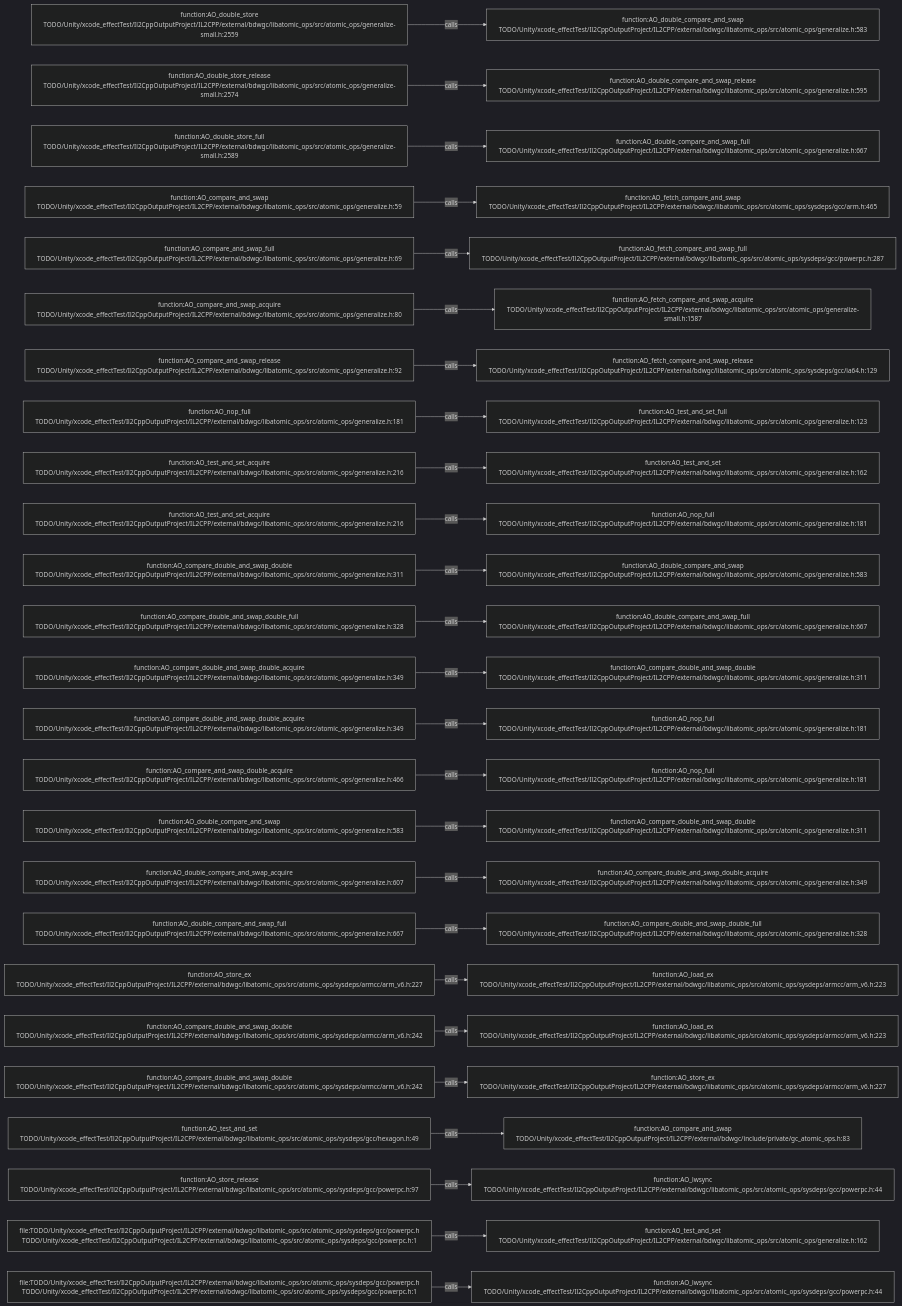
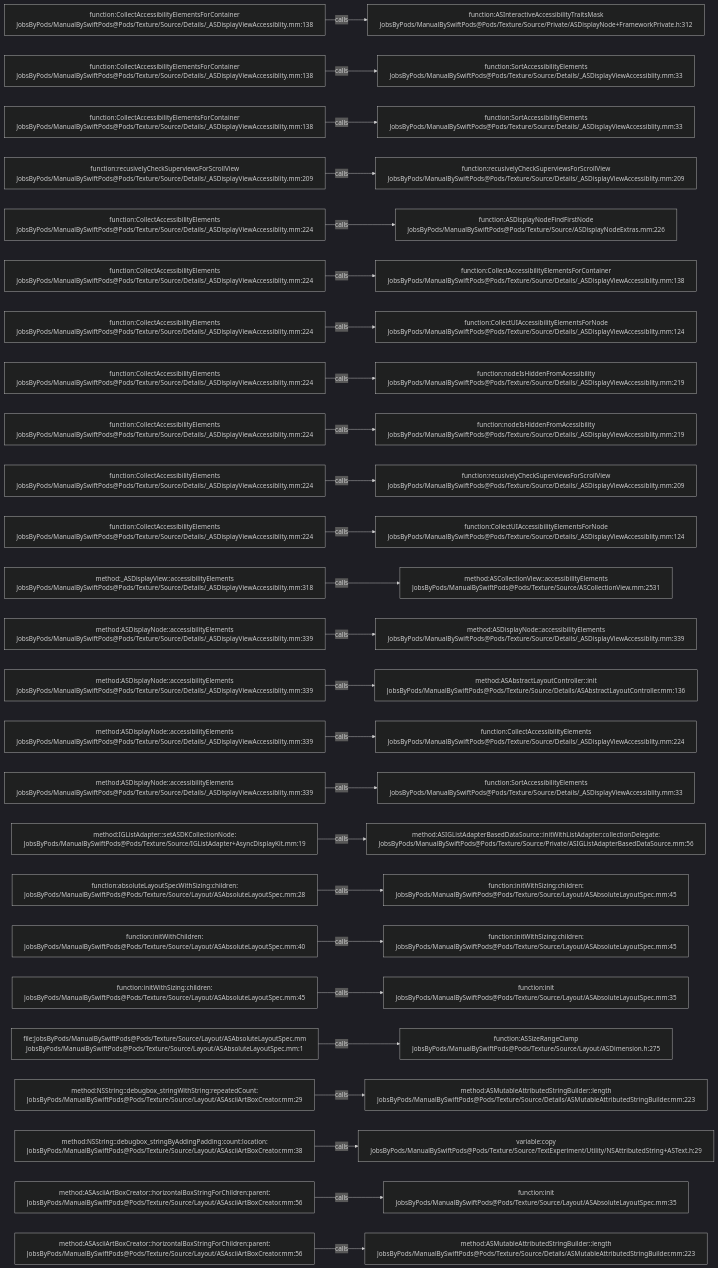
Before and after one commit to JobsKits/JobsSwiftBaseConfigDemo: the diagram in .codegraph/codegraph.md/graphs/calls-123.md, drawn with Mermaid (dark theme). The commit also changed 2959 other files, not shown here.

````diff
--- a/.codegraph/codegraph.md/graphs/calls-123.md
+++ b/.codegraph/codegraph.md/graphs/calls-123.md
@@ -13,78 +13,78 @@
 ```mermaid
 flowchart LR
-  S1["function:AO_double_store<br/>TODO/Unity/xcode_effectTest/Il2CppOutputProject/IL2CPP/external/bdwgc/libatomic_ops/src/atomic_ops/generalize-small.h:2559"]
-  T1["function:AO_double_compare_and_swap<br/>TODO/Unity/xcode_effectTest/Il2CppOutputProject/IL2CPP/external/bdwgc/libatomic_ops/src/atomic_ops/generalize.h:583"]
+  S1["function:CollectAccessibilityElementsForContainer<br/>JobsByPods/ManualBySwiftPods@Pods/Texture/Source/Details/_ASDisplayViewAccessiblity.mm:138"]
+  T1["function:ASInteractiveAccessibilityTraitsMask<br/>JobsByPods/ManualBySwiftPods@Pods/Texture/Source/Private/ASDisplayNode+FrameworkPrivate.h:312"]
   S1 -->|calls| T1
-  S2["function:AO_double_store_release<br/>TODO/Unity/xcode_effectTest/Il2CppOutputProject/IL2CPP/external/bdwgc/libatomic_ops/src/atomic_ops/generalize-small.h:2574"]
-  T2["function:AO_double_compare_and_swap_release<br/>TODO/Unity/xcode_effectTest/Il2CppOutputProject/IL2CPP/external/bdwgc/libatomic_ops/src/atomic_ops/generalize.h:595"]
+  S2["function:CollectAccessibilityElementsForContainer<br/>JobsByPods/ManualBySwiftPods@Pods/Texture/Source/Details/_ASDisplayViewAccessiblity.mm:138"]
+  T2["function:SortAccessibilityElements<br/>JobsByPods/ManualBySwiftPods@Pods/Texture/Source/Details/_ASDisplayViewAccessiblity.mm:33"]
   S2 -->|calls| T2
-  S3["function:AO_double_store_full<br/>TODO/Unity/xcode_effectTest/Il2CppOutputProject/IL2CPP/external/bdwgc/libatomic_ops/src/atomic_ops/generalize-small.h:2589"]
-  T3["function:AO_double_compare_and_swap_full<br/>TODO/Unity/xcode_effectTest/Il2CppOutputProject/IL2CPP/external/bdwgc/libatomic_ops/src/atomic_ops/generalize.h:667"]
+  S3["function:CollectAccessibilityElementsForContainer<br/>JobsByPods/ManualBySwiftPods@Pods/Texture/Source/Details/_ASDisplayViewAccessiblity.mm:138"]
+  T3["function:SortAccessibilityElements<br/>JobsByPods/ManualBySwiftPods@Pods/Texture/Source/Details/_ASDisplayViewAccessiblity.mm:33"]
   S3 -->|calls| T3
-  S4["function:AO_compare_and_swap<br/>TODO/Unity/xcode_effectTest/Il2CppOutputProject/IL2CPP/external/bdwgc/libatomic_ops/src/atomic_ops/generalize.h:59"]
-  T4["function:AO_fetch_compare_and_swap<br/>TODO/Unity/xcode_effectTest/Il2CppOutputProject/IL2CPP/external/bdwgc/libatomic_ops/src/atomic_ops/sysdeps/gcc/arm.h:465"]
+  S4["function:recusivelyCheckSuperviewsForScrollView<br/>JobsByPods/ManualBySwiftPods@Pods/Texture/Source/Details/_ASDisplayViewAccessiblity.mm:209"]
+  T4["function:recusivelyCheckSuperviewsForScrollView<br/>JobsByPods/ManualBySwiftPods@Pods/Texture/Source/Details/_ASDisplayViewAccessiblity.mm:209"]
   S4 -->|calls| T4
-  S5["function:AO_compare_and_swap_full<br/>TODO/Unity/xcode_effectTest/Il2CppOutputProject/IL2CPP/external/bdwgc/libatomic_ops/src/atomic_ops/generalize.h:69"]
-  T5["function:AO_fetch_compare_and_swap_full<br/>TODO/Unity/xcode_effectTest/Il2CppOutputProject/IL2CPP/external/bdwgc/libatomic_ops/src/atomic_ops/sysdeps/gcc/powerpc.h:287"]
+  S5["function:CollectAccessibilityElements<br/>JobsByPods/ManualBySwiftPods@Pods/Texture/Source/Details/_ASDisplayViewAccessiblity.mm:224"]
+  T5["function:ASDisplayNodeFindFirstNode<br/>JobsByPods/ManualBySwiftPods@Pods/Texture/Source/ASDisplayNodeExtras.mm:226"]
   S5 -->|calls| T5
-  S6["function:AO_compare_and_swap_acquire<br/>TODO/Unity/xcode_effectTest/Il2CppOutputProject/IL2CPP/external/bdwgc/libatomic_ops/src/atomic_ops/generalize.h:80"]
-  T6["function:AO_fetch_compare_and_swap_acquire<br/>TODO/Unity/xcode_effectTest/Il2CppOutputProject/IL2CPP/external/bdwgc/libatomic_ops/src/atomic_ops/generalize-small.h:1587"]
+  S6["function:CollectAccessibilityElements<br/>JobsByPods/ManualBySwiftPods@Pods/Texture/Source/Details/_ASDisplayViewAccessiblity.mm:224"]
+  T6["function:CollectAccessibilityElementsForContainer<br/>JobsByPods/ManualBySwiftPods@Pods/Texture/Source/Details/_ASDisplayViewAccessiblity.mm:138"]
   S6 -->|calls| T6
-  S7["function:AO_compare_and_swap_release<br/>TODO/Unity/xcode_effectTest/Il2CppOutputProject/IL2CPP/external/bdwgc/libatomic_ops/src/atomic_ops/generalize.h:92"]
-  T7["function:AO_fetch_compare_and_swap_release<br/>TODO/Unity/xcode_effectTest/Il2CppOutputProject/IL2CPP/external/bdwgc/libatomic_ops/src/atomic_ops/sysdeps/gcc/ia64.h:129"]
+  S7["function:CollectAccessibilityElements<br/>JobsByPods/ManualBySwiftPods@Pods/Texture/Source/Details/_ASDisplayViewAccessiblity.mm:224"]
+  T7["function:CollectUIAccessibilityElementsForNode<br/>JobsByPods/ManualBySwiftPods@Pods/Texture/Source/Details/_ASDisplayViewAccessiblity.mm:124"]
   S7 -->|calls| T7
-  S8["function:AO_nop_full<br/>TODO/Unity/xcode_effectTest/Il2CppOutputProject/IL2CPP/external/bdwgc/libatomic_ops/src/atomic_ops/generalize.h:181"]
-  T8["function:AO_test_and_set_full<br/>TODO/Unity/xcode_effectTest/Il2CppOutputProject/IL2CPP/external/bdwgc/libatomic_ops/src/atomic_ops/generalize.h:123"]
+  S8["function:CollectAccessibilityElements<br/>JobsByPods/ManualBySwiftPods@Pods/Texture/Source/Details/_ASDisplayViewAccessiblity.mm:224"]
+  T8["function:nodeIsHiddenFromAcessibility<br/>JobsByPods/ManualBySwiftPods@Pods/Texture/Source/Details/_ASDisplayViewAccessiblity.mm:219"]
   S8 -->|calls| T8
-  S9["function:AO_test_and_set_acquire<br/>TODO/Unity/xcode_effectTest/Il2CppOutputProject/IL2CPP/external/bdwgc/libatomic_ops/src/atomic_ops/generalize.h:216"]
-  T9["function:AO_test_and_set<br/>TODO/Unity/xcode_effectTest/Il2CppOutputProject/IL2CPP/external/bdwgc/libatomic_ops/src/atomic_ops/generalize.h:162"]
+  S9["function:CollectAccessibilityElements<br/>JobsByPods/ManualBySwiftPods@Pods/Texture/Source/Details/_ASDisplayViewAccessiblity.mm:224"]
+  T9["function:nodeIsHiddenFromAcessibility<br/>JobsByPods/ManualBySwiftPods@Pods/Texture/Source/Details/_ASDisplayViewAccessiblity.mm:219"]
   S9 -->|calls| T9
-  S10["function:AO_test_and_set_acquire<br/>TODO/Unity/xcode_effectTest/Il2CppOutputProject/IL2CPP/external/bdwgc/libatomic_ops/src/atomic_ops/generalize.h:216"]
-  T10["function:AO_nop_full<br/>TODO/Unity/xcode_effectTest/Il2CppOutputProject/IL2CPP/external/bdwgc/libatomic_ops/src/atomic_ops/generalize.h:181"]
+  S10["function:CollectAccessibilityElements<br/>JobsByPods/ManualBySwiftPods@Pods/Texture/Source/Details/_ASDisplayViewAccessiblity.mm:224"]
+  T10["function:recusivelyCheckSuperviewsForScrollView<br/>JobsByPods/ManualBySwiftPods@Pods/Texture/Source/Details/_ASDisplayViewAccessiblity.mm:209"]
   S10 -->|calls| T10
-  S11["function:AO_compare_double_and_swap_double<br/>TODO/Unity/xcode_effectTest/Il2CppOutputProject/IL2CPP/external/bdwgc/libatomic_ops/src/atomic_ops/generalize.h:311"]
-  T11["function:AO_double_compare_and_swap<br/>TODO/Unity/xcode_effectTest/Il2CppOutputProject/IL2CPP/external/bdwgc/libatomic_ops/src/atomic_ops/generalize.h:583"]
+  S11["function:CollectAccessibilityElements<br/>JobsByPods/ManualBySwiftPods@Pods/Texture/Source/Details/_ASDisplayViewAccessiblity.mm:224"]
+  T11["function:CollectUIAccessibilityElementsForNode<br/>JobsByPods/ManualBySwiftPods@Pods/Texture/Source/Details/_ASDisplayViewAccessiblity.mm:124"]
   S11 -->|calls| T11
-  S12["function:AO_compare_double_and_swap_double_full<br/>TODO/Unity/xcode_effectTest/Il2CppOutputProject/IL2CPP/external/bdwgc/libatomic_ops/src/atomic_ops/generalize.h:328"]
-  T12["function:AO_double_compare_and_swap_full<br/>TODO/Unity/xcode_effectTest/Il2CppOutputProject/IL2CPP/external/bdwgc/libatomic_ops/src/atomic_ops/generalize.h:667"]
+  S12["method:_ASDisplayView::accessibilityElements<br/>JobsByPods/ManualBySwiftPods@Pods/Texture/Source/Details/_ASDisplayViewAccessiblity.mm:318"]
+  T12["method:ASCollectionView::accessibilityElements<br/>JobsByPods/ManualBySwiftPods@Pods/Texture/Source/ASCollectionView.mm:2531"]
   S12 -->|calls| T12
-  S13["function:AO_compare_double_and_swap_double_acquire<br/>TODO/Unity/xcode_effectTest/Il2CppOutputProject/IL2CPP/external/bdwgc/libatomic_ops/src/atomic_ops/generalize.h:349"]
-  T13["function:AO_compare_double_and_swap_double<br/>TODO/Unity/xcode_effectTest/Il2CppOutputProject/IL2CPP/external/bdwgc/libatomic_ops/src/atomic_ops/generalize.h:311"]
+  S13["method:ASDisplayNode::accessibilityElements<br/>JobsByPods/ManualBySwiftPods@Pods/Texture/Source/Details/_ASDisplayViewAccessiblity.mm:339"]
+  T13["method:ASDisplayNode::accessibilityElements<br/>JobsByPods/ManualBySwiftPods@Pods/Texture/Source/Details/_ASDisplayViewAccessiblity.mm:339"]
   S13 -->|calls| T13
-  S14["function:AO_compare_double_and_swap_double_acquire<br/>TODO/Unity/xcode_effectTest/Il2CppOutputProject/IL2CPP/external/bdwgc/libatomic_ops/src/atomic_ops/generalize.h:349"]
-  T14["function:AO_nop_full<br/>TODO/Unity/xcode_effectTest/Il2CppOutputProject/IL2CPP/external/bdwgc/libatomic_ops/src/atomic_ops/generalize.h:181"]
+  S14["method:ASDisplayNode::accessibilityElements<br/>JobsByPods/ManualBySwiftPods@Pods/Texture/Source/Details/_ASDisplayViewAccessiblity.mm:339"]
+  T14["method:ASAbstractLayoutController::init<br/>JobsByPods/ManualBySwiftPods@Pods/Texture/Source/Details/ASAbstractLayoutController.mm:136"]
   S14 -->|calls| T14
-  S15["function:AO_compare_and_swap_double_acquire<br/>TODO/Unity/xcode_effectTest/Il2CppOutputProject/IL2CPP/external/bdwgc/libatomic_ops/src/atomic_ops/generalize.h:466"]
-  T15["function:AO_nop_full<br/>TODO/Unity/xcode_effectTest/Il2CppOutputProject/IL2CPP/external/bdwgc/libatomic_ops/src/atomic_ops/generalize.h:181"]
+  S15["method:ASDisplayNode::accessibilityElements<br/>JobsByPods/ManualBySwiftPods@Pods/Texture/Source/Details/_ASDisplayViewAccessiblity.mm:339"]
+  T15["function:CollectAccessibilityElements<br/>JobsByPods/ManualBySwiftPods@Pods/Texture/Source/Details/_ASDisplayViewAccessiblity.mm:224"]
   S15 -->|calls| T15
-  S16["function:AO_double_compare_and_swap<br/>TODO/Unity/xcode_effectTest/Il2CppOutputProject/IL2CPP/external/bdwgc/libatomic_ops/src/atomic_ops/generalize.h:583"]
-  T16["function:AO_compare_double_and_swap_double<br/>TODO/Unity/xcode_effectTest/Il2CppOutputProject/IL2CPP/external/bdwgc/libatomic_ops/src/atomic_ops/generalize.h:311"]
+  S16["method:ASDisplayNode::accessibilityElements<br/>JobsByPods/ManualBySwiftPods@Pods/Texture/Source/Details/_ASDisplayViewAccessiblity.mm:339"]
+  T16["function:SortAccessibilityElements<br/>JobsByPods/ManualBySwiftPods@Pods/Texture/Source/Details/_ASDisplayViewAccessiblity.mm:33"]
   S16 -->|calls| T16
-  S17["function:AO_double_compare_and_swap_acquire<br/>TODO/Unity/xcode_effectTest/Il2CppOutputProject/IL2CPP/external/bdwgc/libatomic_ops/src/atomic_ops/generalize.h:607"]
-  T17["function:AO_compare_double_and_swap_double_acquire<br/>TODO/Unity/xcode_effectTest/Il2CppOutputProject/IL2CPP/external/bdwgc/libatomic_ops/src/atomic_ops/generalize.h:349"]
+  S17["method:IGListAdapter::setASDKCollectionNode:<br/>JobsByPods/ManualBySwiftPods@Pods/Texture/Source/IGListAdapter+AsyncDisplayKit.mm:19"]
+  T17["method:ASIGListAdapterBasedDataSource::initWithListAdapter:collectionDelegate:<br/>JobsByPods/ManualBySwiftPods@Pods/Texture/Source/Private/ASIGListAdapterBasedDataSource.mm:56"]
   S17 -->|calls| T17
-  S18["function:AO_double_compare_and_swap_full<br/>TODO/Unity/xcode_effectTest/Il2CppOutputProject/IL2CPP/external/bdwgc/libatomic_ops/src/atomic_ops/generalize.h:667"]
-  T18["function:AO_compare_double_and_swap_double_full<br/>TODO/Unity/xcode_effectTest/Il2CppOutputProject/IL2CPP/external/bdwgc/libatomic_ops/src/atomic_ops/generalize.h:328"]
+  S18["function:absoluteLayoutSpecWithSizing:children:<br/>JobsByPods/ManualBySwiftPods@Pods/Texture/Source/Layout/ASAbsoluteLayoutSpec.mm:28"]
+  T18["function:initWithSizing:children:<br/>JobsByPods/ManualBySwiftPods@Pods/Texture/Source/Layout/ASAbsoluteLayoutSpec.mm:45"]
   S18 -->|calls| T18
-  S19["function:AO_store_ex<br/>TODO/Unity/xcode_effectTest/Il2CppOutputProject/IL2CPP/external/bdwgc/libatomic_ops/src/atomic_ops/sysdeps/armcc/arm_v6.h:227"]
-  T19["function:AO_load_ex<br/>TODO/Unity/xcode_effectTest/Il2CppOutputProject/IL2CPP/external/bdwgc/libatomic_ops/src/atomic_ops/sysdeps/armcc/arm_v6.h:223"]
+  S19["function:initWithChildren:<br/>JobsByPods/ManualBySwiftPods@Pods/Texture/Source/Layout/ASAbsoluteLayoutSpec.mm:40"]
+  T19["function:initWithSizing:children:<br/>JobsByPods/ManualBySwiftPods@Pods/Texture/Source/Layout/ASAbsoluteLayoutSpec.mm:45"]
   S19 -->|calls| T19
-  S20["function:AO_compare_double_and_swap_double<br/>TODO/Unity/xcode_effectTest/Il2CppOutputProject/IL2CPP/external/bdwgc/libatomic_ops/src/atomic_ops/sysdeps/armcc/arm_v6.h:242"]
-  T20["function:AO_load_ex<br/>TODO/Unity/xcode_effectTest/Il2CppOutputProject/IL2CPP/external/bdwgc/libatomic_ops/src/atomic_ops/sysdeps/armcc/arm_v6.h:223"]
+  S20["function:initWithSizing:children:<br/>JobsByPods/ManualBySwiftPods@Pods/Texture/Source/Layout/ASAbsoluteLayoutSpec.mm:45"]
+  T20["function:init<br/>JobsByPods/ManualBySwiftPods@Pods/Texture/Source/Layout/ASAbsoluteLayoutSpec.mm:35"]
   S20 -->|calls| T20
-  S21["function:AO_compare_double_and_swap_double<br/>TODO/Unity/xcode_effectTest/Il2CppOutputProject/IL2CPP/external/bdwgc/libatomic_ops/src/atomic_ops/sysdeps/armcc/arm_v6.h:242"]
-  T21["function:AO_store_ex<br/>TODO/Unity/xcode_effectTest/Il2CppOutputProject/IL2CPP/external/bdwgc/libatomic_ops/src/atomic_ops/sysdeps/armcc/arm_v6.h:227"]
+  S21["file:JobsByPods/ManualBySwiftPods@Pods/Texture/Source/Layout/ASAbsoluteLayoutSpec.mm<br/>JobsByPods/ManualBySwiftPods@Pods/Texture/Source/Layout/ASAbsoluteLayoutSpec.mm:1"]
+  T21["function:ASSizeRangeClamp<br/>JobsByPods/ManualBySwiftPods@Pods/Texture/Source/Layout/ASDimension.h:275"]
   S21 -->|calls| T21
-  S22["function:AO_test_and_set<br/>TODO/Unity/xcode_effectTest/Il2CppOutputProject/IL2CPP/external/bdwgc/libatomic_ops/src/atomic_ops/sysdeps/gcc/hexagon.h:49"]
-  T22["function:AO_compare_and_swap<br/>TODO/Unity/xcode_effectTest/Il2CppOutputProject/IL2CPP/external/bdwgc/include/private/gc_atomic_ops.h:83"]
+  S22["method:NSString::debugbox_stringWithString:repeatedCount:<br/>JobsByPods/ManualBySwiftPods@Pods/Texture/Source/Layout/ASAsciiArtBoxCreator.mm:29"]
+  T22["method:ASMutableAttributedStringBuilder::length<br/>JobsByPods/ManualBySwiftPods@Pods/Texture/Source/Details/ASMutableAttributedStringBuilder.mm:223"]
   S22 -->|calls| T22
-  S23["function:AO_store_release<br/>TODO/Unity/xcode_effectTest/Il2CppOutputProject/IL2CPP/external/bdwgc/libatomic_ops/src/atomic_ops/sysdeps/gcc/powerpc.h:97"]
-  T23["function:AO_lwsync<br/>TODO/Unity/xcode_effectTest/Il2CppOutputProject/IL2CPP/external/bdwgc/libatomic_ops/src/atomic_ops/sysdeps/gcc/powerpc.h:44"]
+  S23["method:NSString::debugbox_stringByAddingPadding:count:location:<br/>JobsByPods/ManualBySwiftPods@Pods/Texture/Source/Layout/ASAsciiArtBoxCreator.mm:38"]
+  T23["variable:copy<br/>JobsByPods/ManualBySwiftPods@Pods/Texture/Source/TextExperiment/Utility/NSAttributedString+ASText.h:29"]
   S23 -->|calls| T23
-  S24["file:TODO/Unity/xcode_effectTest/Il2CppOutputProject/IL2CPP/external/bdwgc/libatomic_ops/src/atomic_ops/sysdeps/gcc/powerpc.h<br/>TODO/Unity/xcode_effectTest/Il2CppOutputProject/IL2CPP/external/bdwgc/libatomic_ops/src/atomic_ops/sysdeps/gcc/powerpc.h:1"]
-  T24["function:AO_test_and_set<br/>TODO/Unity/xcode_effectTest/Il2CppOutputProject/IL2CPP/external/bdwgc/libatomic_ops/src/atomic_ops/generalize.h:162"]
+  S24["method:ASAsciiArtBoxCreator::horizontalBoxStringForChildren:parent:<br/>JobsByPods/ManualBySwiftPods@Pods/Texture/Source/Layout/ASAsciiArtBoxCreator.mm:56"]
+  T24["function:init<br/>JobsByPods/ManualBySwiftPods@Pods/Texture/Source/Layout/ASAbsoluteLayoutSpec.mm:35"]
   S24 -->|calls| T24
-  S25["file:TODO/Unity/xcode_effectTest/Il2CppOutputProject/IL2CPP/external/bdwgc/libatomic_ops/src/atomic_ops/sysdeps/gcc/powerpc.h<br/>TODO/Unity/xcode_effectTest/Il2CppOutputProject/IL2CPP/external/bdwgc/libatomic_ops/src/atomic_ops/sysdeps/gcc/powerpc.h:1"]
-  T25["function:AO_lwsync<br/>TODO/Unity/xcode_effectTest/Il2CppOutputProject/IL2CPP/external/bdwgc/libatomic_ops/src/atomic_ops/sysdeps/gcc/powerpc.h:44"]
+  S25["method:ASAsciiArtBoxCreator::horizontalBoxStringForChildren:parent:<br/>JobsByPods/ManualBySwiftPods@Pods/Texture/Source/Layout/ASAsciiArtBoxCreator.mm:56"]
+  T25["method:ASMutableAttributedStringBuilder::length<br/>JobsByPods/ManualBySwiftPods@Pods/Texture/Source/Details/ASMutableAttributedStringBuilder.mm:223"]
   S25 -->|calls| T25
 ```
````
